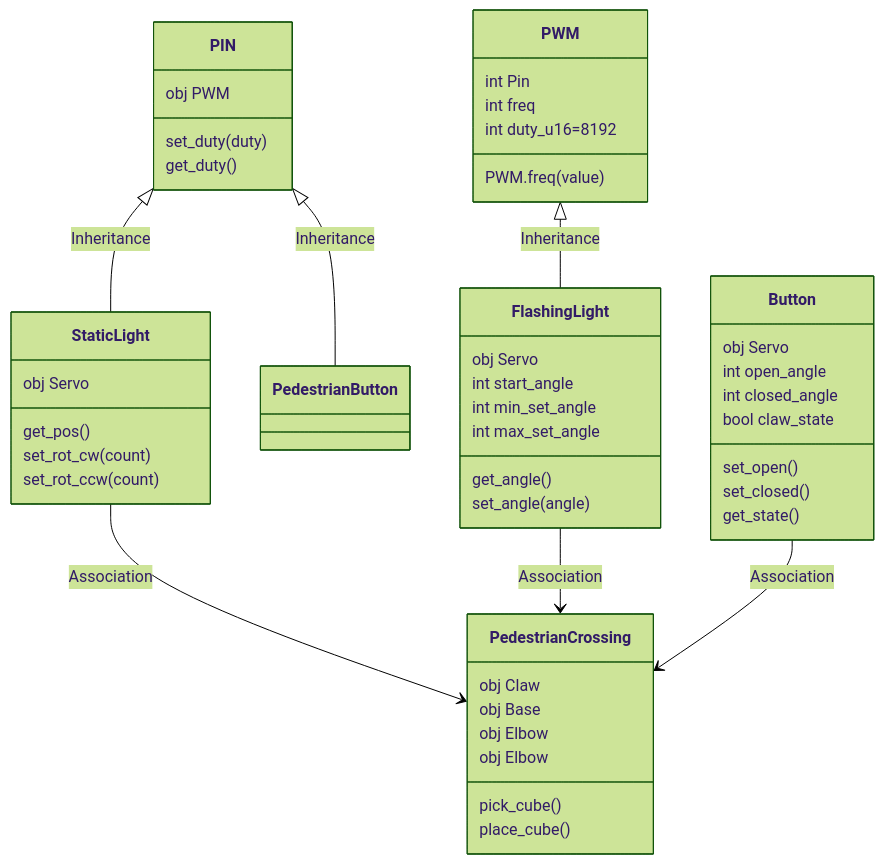
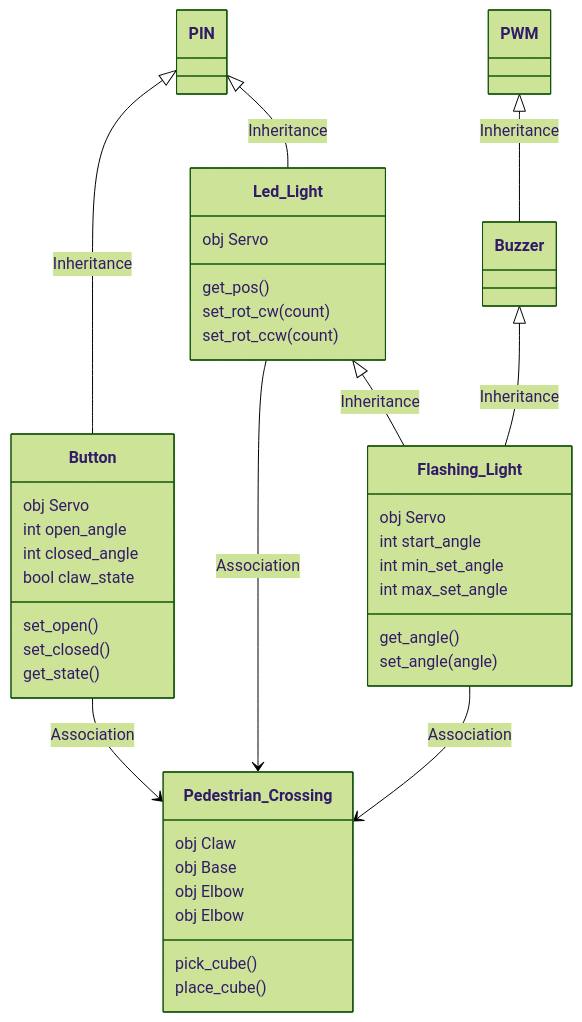
Before and after one commit to TempeHS/MicroPython_OOP_Pi_Pico_Mini_Project_Source: the diagram in README.md, drawn with Mermaid (forest theme). The commit also changed other lines of this file and 7 other files, not shown here.

Commit message:
add buzzer and led_light class

````diff
--- a/README.md
+++ b/README.md
@@ -31,51 +50,45 @@
 ```mermaid
 classDiagram
-    PIN <|-- StaticLight : Inheritance
-    PWM <|-- FlashingLight : Inheritance
-    PIN <|-- PedestrianButton : Inheritance
-    StaticLight --> PedestrianCrossing : Association
-    FlashingLight --> PedestrianCrossing : Association
-    Button --> PedestrianCrossing : Association
-    class PWM{
-        int Pin
-        int freq
-        int duty_u16=8192
-        PWM.freq(value)
+    PIN <|-- Button : Inheritance
+    PIN <|-- Led_Light : Inheritance
+    PWM <|-- Buzzer : Inheritance
+    Led_Light <|-- Flashing_Light : Inheritance
+    Buzzer <|-- Flashing_Light : Inheritance
+    Button --> Pedestrian_Crossing : Association
+    Led_Light --> Pedestrian_Crossing : Association
+    Flashing_Light --> Pedestrian_Crossing : Association
+    class PIN{
+
     }
-    class PIN{
-        obj PWM
-        set_duty(duty)
-        get_duty()
-    }
-    class StaticLight{
+    class Led_Light{
         obj Servo
         get_pos()
         set_rot_cw(count)
         set_rot_ccw(count)
     }
-    class FlashingLight{
+    class Flashing_Light{
         obj Servo
         int start_angle
         int min_set_angle
         int max_set_angle
         get_angle()
         set_angle(angle)
     }
     class Button{
         obj Servo
         int open_angle
         int closed_angle
         bool claw_state
         set_open()
         set_closed()
         get_state()
     }
-    class PedestrianCrossing{
+    class Pedestrian_Crossing{
         obj Claw
         obj Base
         obj Elbow
         obj Elbow
         pick_cube()
         place_cube()
     }
 ```
````
